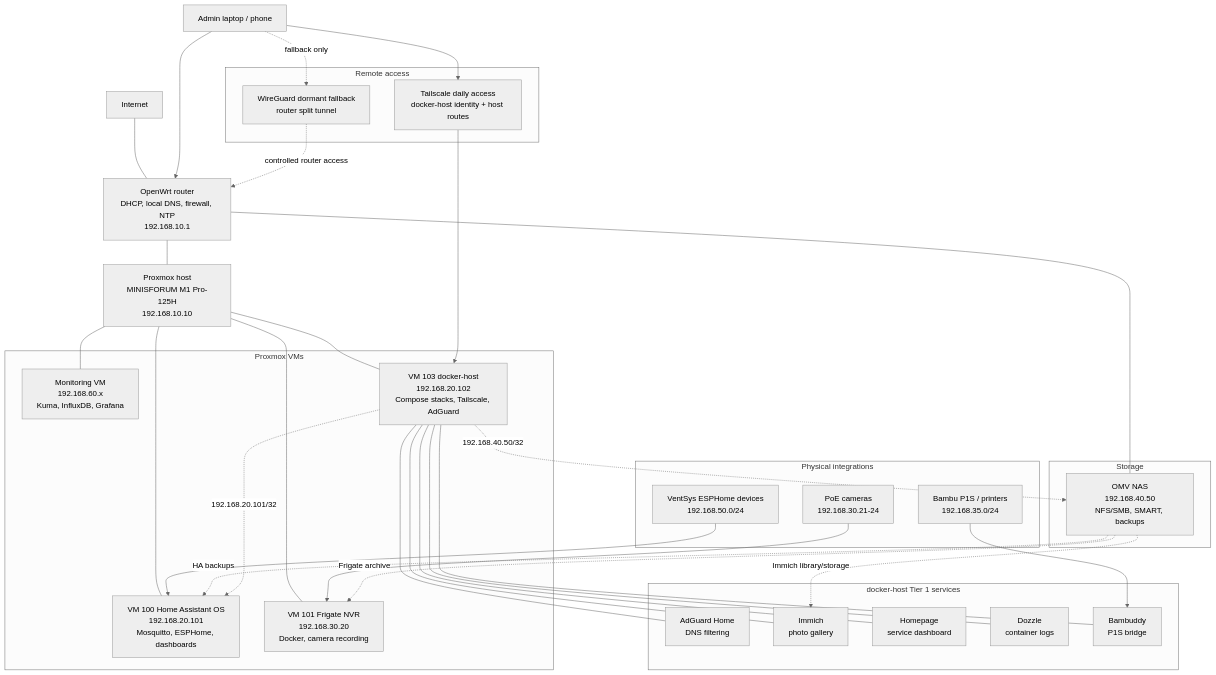
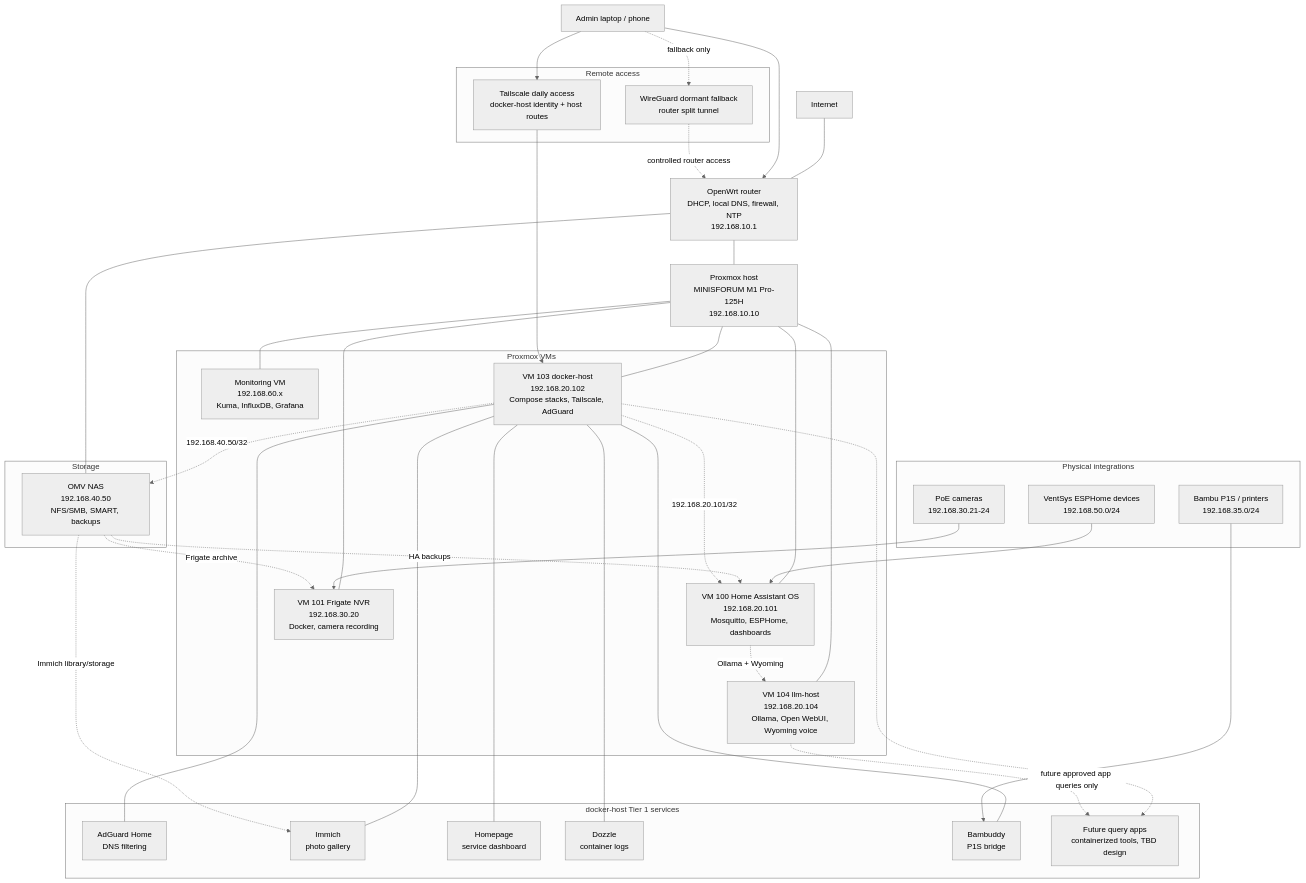
Before and after one commit to Nysplaidame/home-automation-project: the diagram in main/docs/diagrams/network/current-master-architecture.mermaid, drawn with Mermaid (neutral theme). The commit also changed 36 other files, not shown here.

Commit message:
docs(local-ai): add llm-host plan

```diff
--- a/main/docs/diagrams/network/current-master-architecture.mermaid
+++ b/main/docs/diagrams/network/current-master-architecture.mermaid
@@ -1,67 +1,74 @@
 flowchart TB
     Operator["Admin laptop / phone"]
     Internet["Internet"]
     Router["OpenWrt router<br/>DHCP, local DNS, firewall, NTP<br/>192.168.10.1"]
     Proxmox["Proxmox host<br/>MINISFORUM M1 Pro-125H<br/>192.168.10.10"]
 
     Internet --- Router
     Operator --> Router
     Router --- Proxmox
 
     subgraph VMs["Proxmox VMs"]
         HA["VM 100 Home Assistant OS<br/>192.168.20.101<br/>Mosquitto, ESPHome, dashboards"]
         Frigate["VM 101 Frigate NVR<br/>192.168.30.20<br/>Docker, camera recording"]
         Monitoring["Monitoring VM<br/>192.168.60.x<br/>Kuma, InfluxDB, Grafana"]
         DockerHost["VM 103 docker-host<br/>192.168.20.102<br/>Compose stacks, Tailscale, AdGuard"]
+        LLMHost["VM 104 llm-host<br/>192.168.20.104<br/>Ollama, Open WebUI, Wyoming voice"]
     end
 
     Proxmox --- HA
     Proxmox --- Frigate
     Proxmox --- Monitoring
     Proxmox --- DockerHost
+    Proxmox --- LLMHost
 
     subgraph Storage["Storage"]
         OMV["OMV NAS<br/>192.168.40.50<br/>NFS/SMB, SMART, backups"]
     end
 
     Router --- OMV
 
     subgraph DockerApps["docker-host Tier 1 services"]
         AdGuard["AdGuard Home<br/>DNS filtering"]
         Immich["Immich<br/>photo gallery"]
         Homepage["Homepage<br/>service dashboard"]
         Dozzle["Dozzle<br/>container logs"]
         Bambuddy["Bambuddy<br/>P1S bridge"]
+        FutureQuery["Future query apps<br/>containerized tools, TBD design"]
     end
 
     DockerHost --- AdGuard
     DockerHost --- Immich
     DockerHost --- Homepage
     DockerHost --- Dozzle
     DockerHost --- Bambuddy
+    DockerHost -.-> FutureQuery
+
+    HA -.->|"Ollama + Wyoming"| LLMHost
+    LLMHost -.->|"future approved app queries only"| FutureQuery
 
     subgraph Physical["Physical integrations"]
         Cameras["PoE cameras<br/>192.168.30.21-24"]
         Printers["Bambu P1S / printers<br/>192.168.35.0/24"]
         VentSys["VentSys ESPHome devices<br/>192.168.50.0/24"]
     end
 
     Cameras --> Frigate
     Printers --> Bambuddy
     VentSys --> HA
 
     OMV -.->|"HA backups"| HA
     OMV -.->|"Frigate archive"| Frigate
     OMV -.->|"Immich library/storage"| Immich
 
     subgraph Remote["Remote access"]
         Tailscale["Tailscale daily access<br/>docker-host identity + host routes"]
         WireGuard["WireGuard dormant fallback<br/>router split tunnel"]
     end
 
     Operator --> Tailscale
     Tailscale --> DockerHost
     DockerHost -.->|"192.168.20.101/32"| HA
     DockerHost -.->|"192.168.40.50/32"| OMV
     Operator -.->|"fallback only"| WireGuard
     WireGuard -.->|"controlled router access"| Router
```
